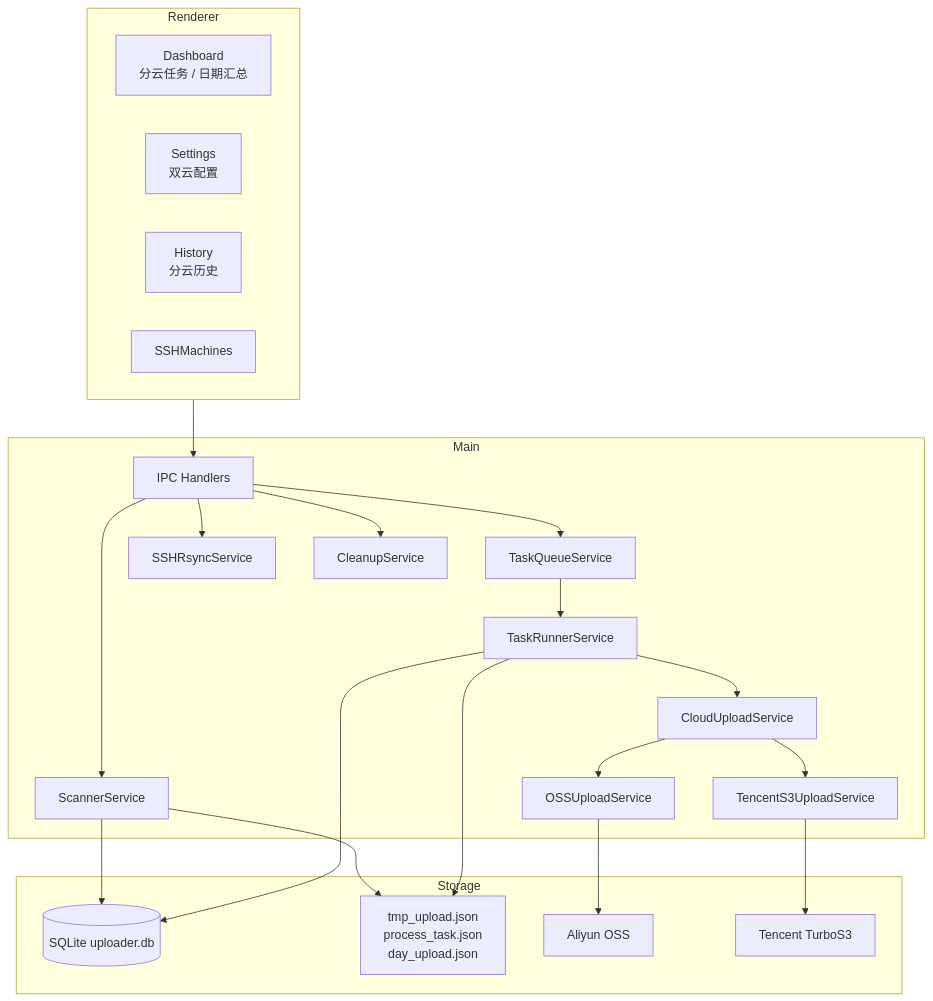
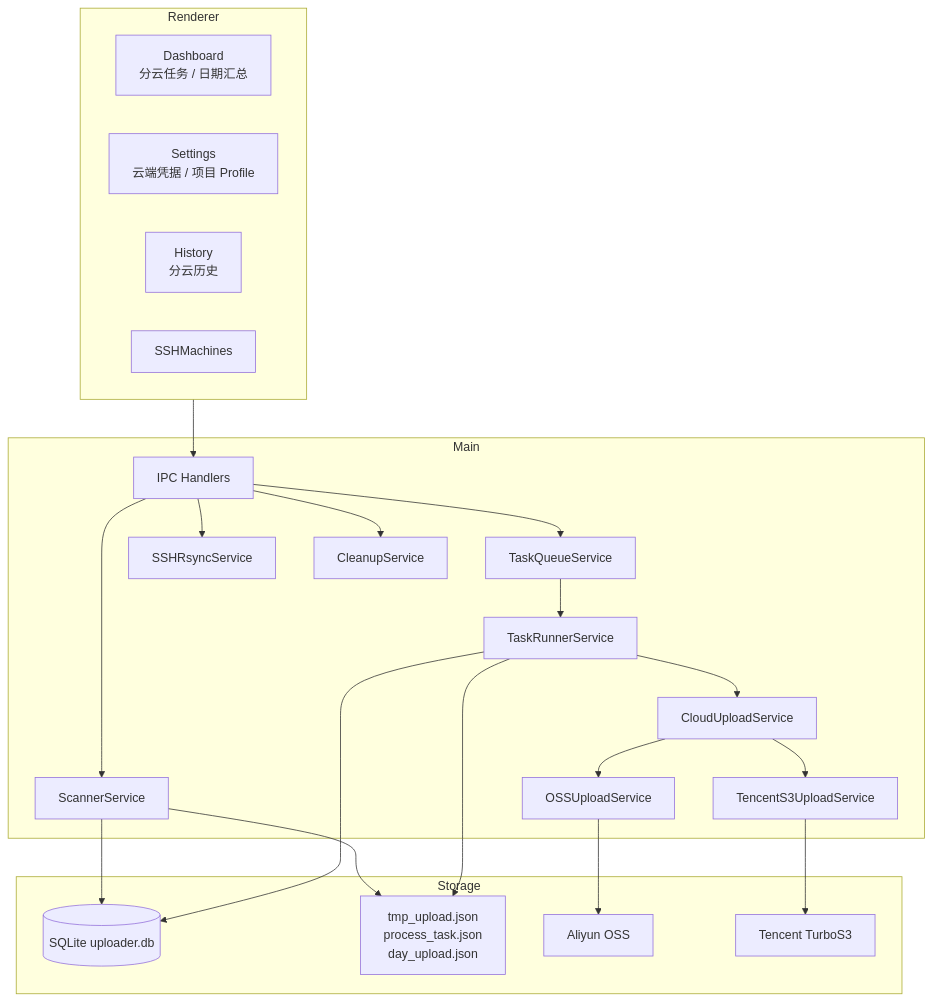
The diagram in docs/architecture/README.md (MzKyle/Auto-Upload-Studio), drawn with Mermaid before and after one commit. The commit also changed other lines of this file and 31 other files, not shown here.

````diff
--- a/docs/architecture/README.md
+++ b/docs/architecture/README.md
@@ -7,42 +7,42 @@
 ```mermaid
 graph TB
   subgraph Renderer["Renderer"]
     Dashboard["Dashboard<br/>分云任务 / 日期汇总"]
-    Settings["Settings<br/>双云配置"]
+    Settings["Settings<br/>云端凭据 / 项目 Profile"]
     History["History<br/>分云历史"]
     Remote["SSHMachines"]
   end
   subgraph Main["Main"]
     IPC["IPC Handlers"]
     Scanner["ScannerService"]
     Queue["TaskQueueService"]
     Runner["TaskRunnerService"]
     Cloud["CloudUploadService"]
     Ali["OSSUploadService"]
     Tencent["TencentS3UploadService"]
     SSH["SSHRsyncService"]
     Cleanup["CleanupService"]
   end
   subgraph Storage["Storage"]
     DB[("SQLite uploader.db")]
     Marker["tmp_upload.json<br/>process_task.json<br/>day_upload.json"]
     Aliyun["Aliyun OSS"]
     Turbo["Tencent TurboS3"]
   end
 
   Renderer --> IPC
   IPC --> Scanner
   IPC --> Queue
   IPC --> SSH
   IPC --> Cleanup
   Queue --> Runner
   Runner --> Cloud
   Cloud --> Ali
   Cloud --> Tencent
   Ali --> Aliyun
   Tencent --> Turbo
   Scanner --> DB
   Runner --> DB
   Scanner --> Marker
   Runner --> Marker
 ```
````
